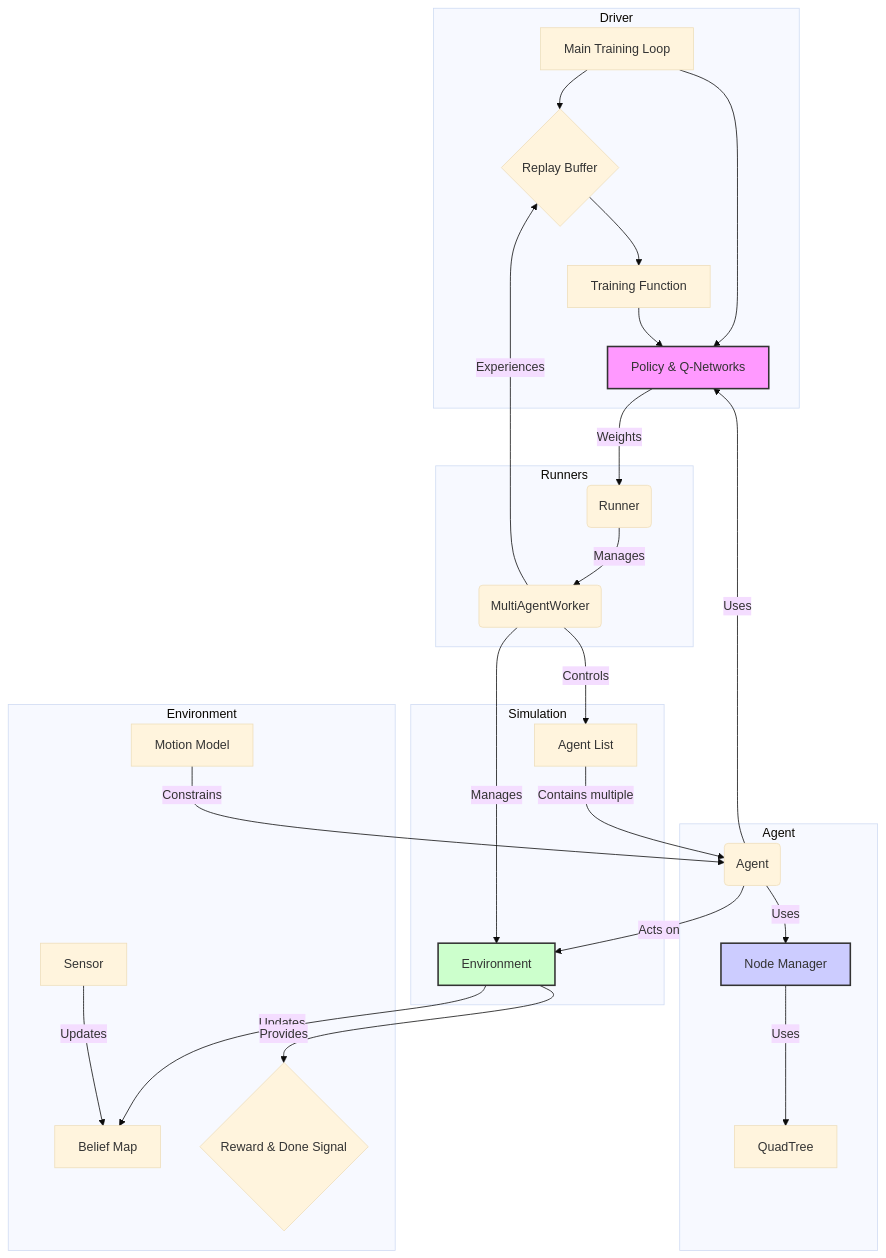
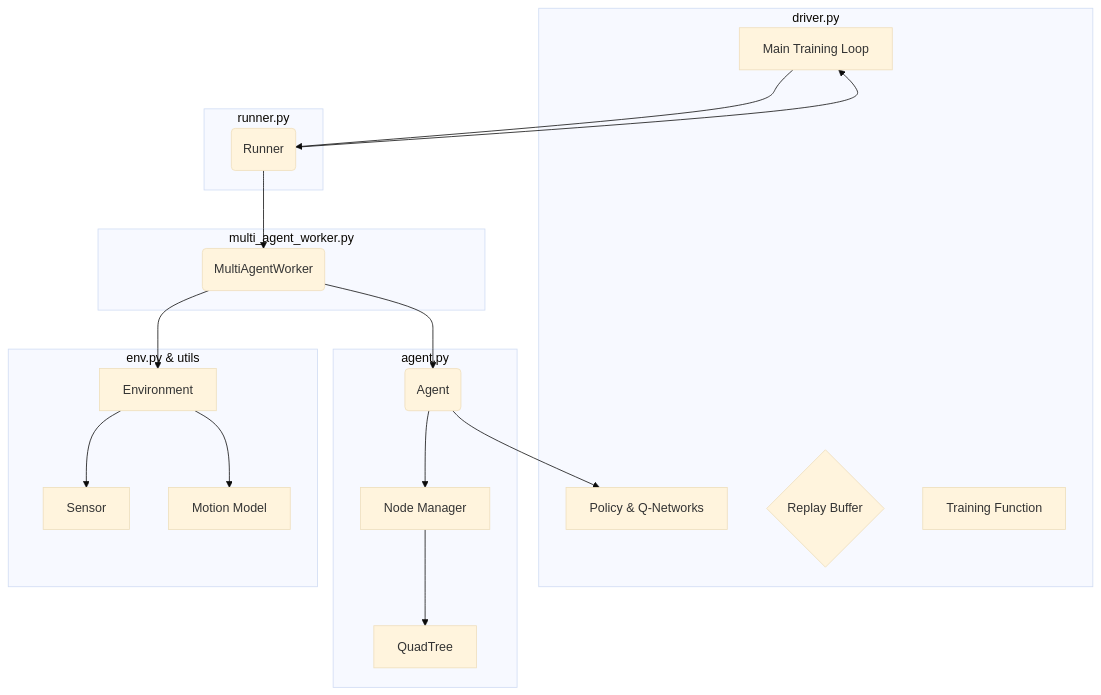
One commit to DiligentYoon/MARVEL-2025- changed the diagram in README.md. Above: the diagram before and after it, drawn with Mermaid (base theme). The commit also changed other lines of this file, not shown here.

````diff
--- a/README.md
+++ b/README.md
@@ -63,39 +63,40 @@
 ```mermaid
 graph TD;
-    subgraph Driver;
-        TrainingLoop[Main Training Loop] --> ReplayBuffer{Replay Buffer};
-        TrainingLoop --> Networks[Policy & Q-Networks];
-        ReplayBuffer --> TrainingFunc[Training Function];
-        TrainingFunc --> Networks;
-    end;
+    Driver --> Runner;
+    Runner --> Driver;
+    Runner --> MultiAgentWorker;
+    MultiAgentWorker --> Agent;
+    MultiAgentWorker --> Env;
+    Agent --> PolicyNet;
+    Agent --> NodeManager;
+    NodeManager --> QuadTree;
+    Env --> Sensor;
+    Env --> MotionModel;
 
-    subgraph Runners;
-        Runner(Runner) -- Manages --> Worker(MultiAgentWorker);
-        Networks -- Weights --> Runner;
-        Worker -- Experiences --> ReplayBuffer;
-    end;
+    subgraph Driver_Module [driver.py]
+        Driver[Main Training Loop];
+        ReplayBuffer{Replay Buffer};
+        PolicyNet[Policy & Q-Networks];
+        TrainingFunc[Training Function];
+    end
 
-    subgraph Simulation;
-        Worker -- Controls --> AgentList[Agent List];
-        Worker -- Manages --> Env[Environment];
-    end;
+    subgraph Runner_Module [runner.py]
+        Runner(Runner);
+    end
 
-    subgraph Agent;
-        AgentList -- Contains multiple --> AgentInstance(Agent);
-        AgentInstance -- Uses --> Networks;
-        AgentInstance -- Uses --> NodeManager[Node Manager];
-        NodeManager -- Uses --> QuadTree[QuadTree];
-    end;
+    subgraph Simulation_Module [multi_agent_worker.py]
+        MultiAgentWorker(MultiAgentWorker);
+    end
 
-    subgraph Environment;
-        Env -- Updates --> BeliefMap[Belief Map];
-        Sensor[Sensor] -- Updates --> BeliefMap;
-        MotionModel[Motion Model] -- Constrains --> AgentInstance;
-        AgentInstance -- Acts on --> Env;
-        Env -- Provides --> RewardSignal{Reward & Done Signal};
-    end;
+    subgraph Agent_Module [agent.py]
+        Agent(Agent);
+        NodeManager[Node Manager];
+        QuadTree[QuadTree];
+    end
 
-    style Networks fill:#f9f,stroke:#333,stroke-width:2px;
-    style NodeManager fill:#ccf,stroke:#333,stroke-width:2px;
-    style Env fill:#cfc,stroke:#333,stroke-width:2px;
+    subgraph Environment_Module [env.py & utils]
+        Env[Environment];
+        Sensor[Sensor];
+        MotionModel[Motion Model];
+    end
 ```
````
